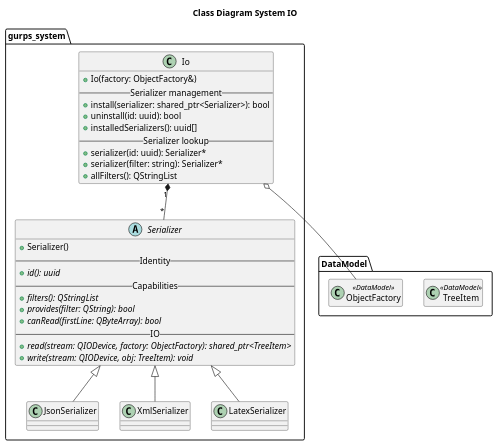
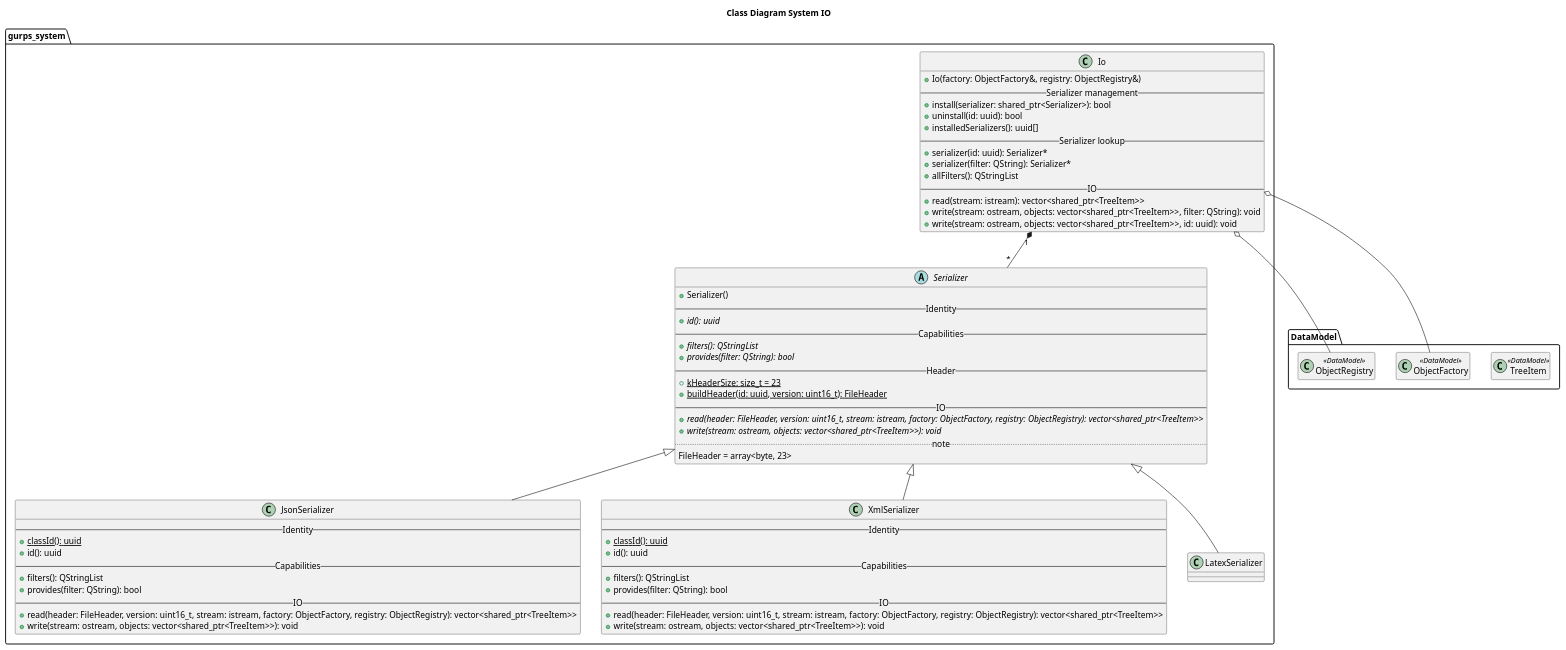
One commit to TigerInAnEmptyJar/dungeonMaster changed the diagram in docs/c4/03_class/class_system_io.puml. Above: the diagram before and after it, drawn with PlantUML. The commit also changed 4 other files, not shown here.

Commit message:
Updated uml diagrams

```diff
--- a/docs/c4/03_class/class_system_io.puml
+++ b/docs/c4/03_class/class_system_io.puml
@@ -1,52 +1,82 @@
 @startuml class_system_io
 title "Class Diagram System IO"
 
 hide <<DataModel>> members
 package DataModel {
     class TreeItem <<DataModel>>
     class ObjectFactory <<DataModel>>
+    class ObjectRegistry <<DataModel>>
 }
 
 namespace gurps_system {
 
 class Io {
-+ Io(factory: ObjectFactory&)
++ Io(factory: ObjectFactory&, registry: ObjectRegistry&)
 -- Serializer management --
 + install(serializer: shared_ptr<Serializer>): bool
 + uninstall(id: uuid): bool
 + installedSerializers(): uuid[]
 -- Serializer lookup --
 + serializer(id: uuid): Serializer*
-+ serializer(filter: string): Serializer*
++ serializer(filter: QString): Serializer*
 + allFilters(): QStringList
+-- IO --
++ read(stream: istream): vector<shared_ptr<TreeItem>>
++ write(stream: ostream, objects: vector<shared_ptr<TreeItem>>, filter: QString): void
++ write(stream: ostream, objects: vector<shared_ptr<TreeItem>>, id: uuid): void
 }
 
 gurps_system.Io o-- DataModel.ObjectFactory
+gurps_system.Io o-- DataModel.ObjectRegistry
 
 abstract class Serializer {
 + Serializer()
 -- Identity --
 + {abstract} id(): uuid
 -- Capabilities --
 + {abstract} filters(): QStringList
 + {abstract} provides(filter: QString): bool
-+ {abstract} canRead(firstLine: QByteArray): bool
+-- Header --
++ {static} kHeaderSize: size_t = 23
++ {static} buildHeader(id: uuid, version: uint16_t): FileHeader
 -- IO --
-+ {abstract} read(stream: QIODevice, factory: ObjectFactory): shared_ptr<TreeItem>
-+ {abstract} write(stream: QIODevice, obj: TreeItem): void
++ {abstract} read(header: FileHeader, version: uint16_t, stream: istream, factory: ObjectFactory, registry: ObjectRegistry): vector<shared_ptr<TreeItem>>
++ {abstract} write(stream: ostream, objects: vector<shared_ptr<TreeItem>>): void
+.. note ..
+FileHeader = array<byte, 23>
 }
 
 gurps_system.Io "1" *-- "*" gurps_system.Serializer
 
-class JsonSerializer
+class JsonSerializer {
+-- Identity --
++ {static} classId(): uuid
++ id(): uuid
+-- Capabilities --
++ filters(): QStringList
++ provides(filter: QString): bool
+-- IO --
++ read(header: FileHeader, version: uint16_t, stream: istream, factory: ObjectFactory, registry: ObjectRegistry): vector<shared_ptr<TreeItem>>
++ write(stream: ostream, objects: vector<shared_ptr<TreeItem>>): void
+}
 gurps_system.Serializer <|-- gurps_system.JsonSerializer
 
-class XmlSerializer
+class XmlSerializer {
+-- Identity --
++ {static} classId(): uuid
++ id(): uuid
+-- Capabilities --
++ filters(): QStringList
++ provides(filter: QString): bool
+-- IO --
++ read(header: FileHeader, version: uint16_t, stream: istream, factory: ObjectFactory, registry: ObjectRegistry): vector<shared_ptr<TreeItem>>
++ write(stream: ostream, objects: vector<shared_ptr<TreeItem>>): void
+}
 gurps_system.Serializer <|-- gurps_system.XmlSerializer
 
 class LatexSerializer
 gurps_system.Serializer <|-- gurps_system.LatexSerializer
 
 }
 
 @enduml
```
